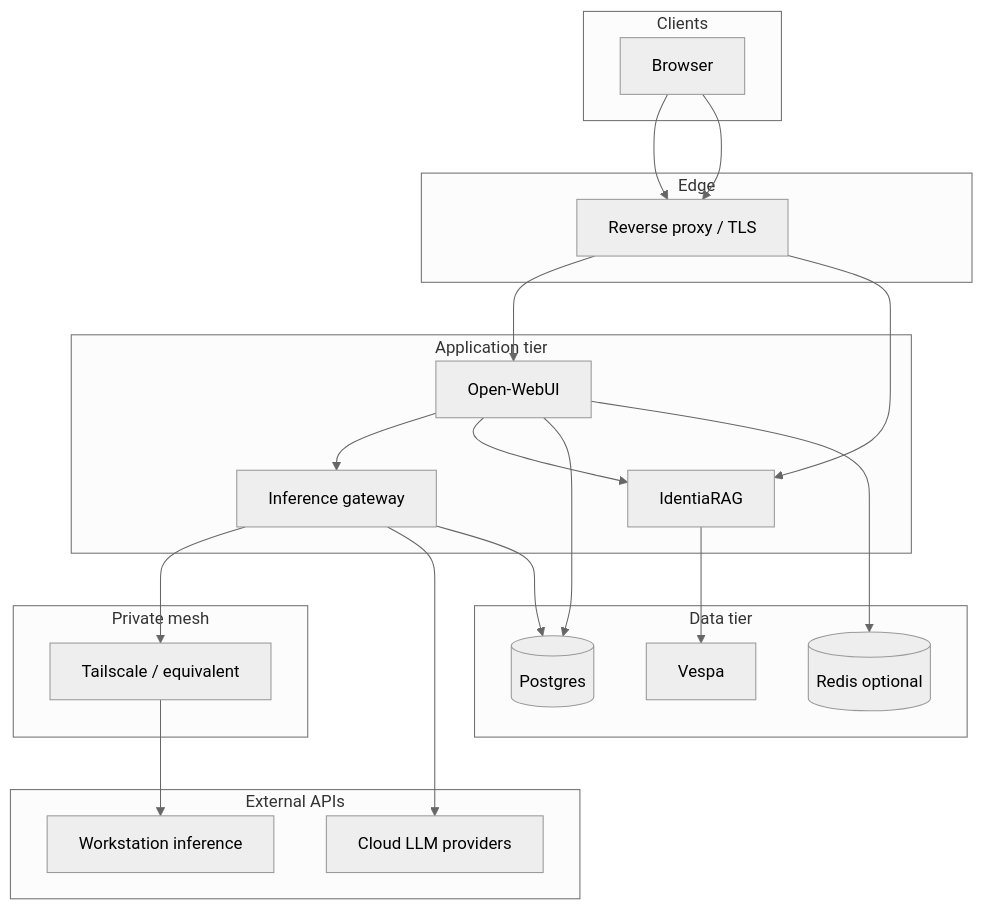
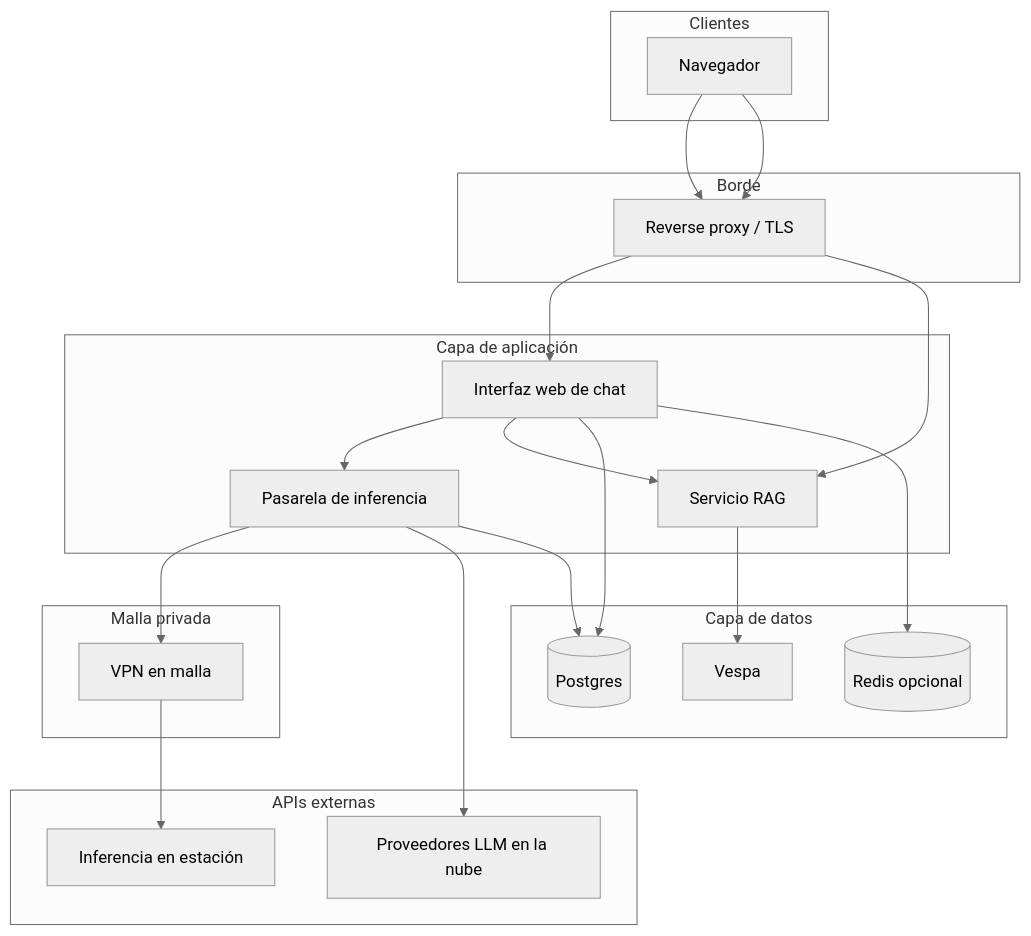
The diagram in docs/as-built/network-security-matrix.md (13g4d0/docu-es), drawn with Mermaid (neutral theme) before and after one commit. The commit also changed other lines of this file and 38 other files, not shown here.

````diff
--- a/docs/as-built/network-security-matrix.md
+++ b/docs/as-built/network-security-matrix.md
@@ -7,42 +7,42 @@
 ```mermaid
 flowchart TB
-  subgraph clients [Clients]
-    BR[Browser]
+  subgraph clients [Clientes]
+    BR[Navegador]
   end
 
-  subgraph edge [Edge]
+  subgraph edge [Borde]
     RP[Reverse proxy / TLS]
   end
 
-  subgraph apps [Application tier]
-    OW[Open-WebUI]
-    IR[IdentiaRAG]
-    GW[Inference gateway]
+  subgraph apps [Capa de aplicación]
+    OW[Interfaz web de chat]
+    IR[Servicio RAG]
+    GW[Pasarela de inferencia]
   end
 
-  subgraph data [Data tier]
+  subgraph data [Capa de datos]
     V[Vespa]
     PG[(Postgres)]
-    RD[(Redis optional)]
+    RD[(Redis opcional)]
   end
 
-  subgraph mesh [Private mesh]
-    TS[Tailscale / equivalent]
+  subgraph mesh [Malla privada]
+    TS[VPN en malla]
   end
 
-  subgraph ext [External APIs]
-    CL[Cloud LLM providers]
-    LOC[Workstation inference]
+  subgraph ext [APIs externas]
+    CL[Proveedores LLM en la nube]
+    LOC[Inferencia en estación]
   end
 
   BR --> RP --> OW
   BR --> RP --> IR
   OW --> GW
   OW --> IR
   GW --> TS --> LOC
   GW --> CL
   IR --> V
   OW --> PG
   OW --> RD
   GW --> PG
 ```
````
